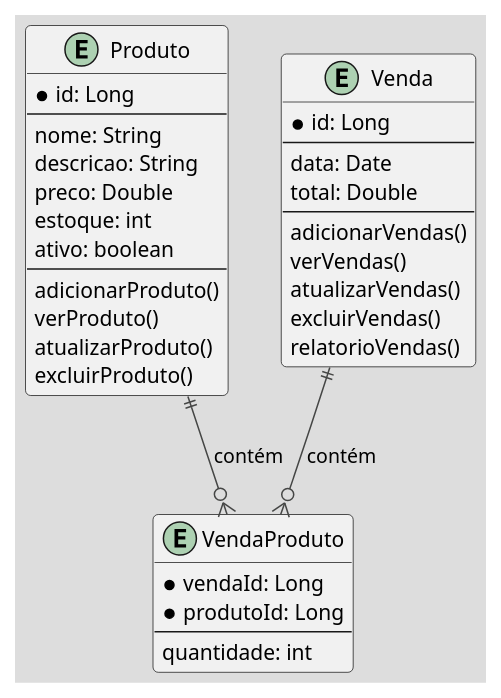
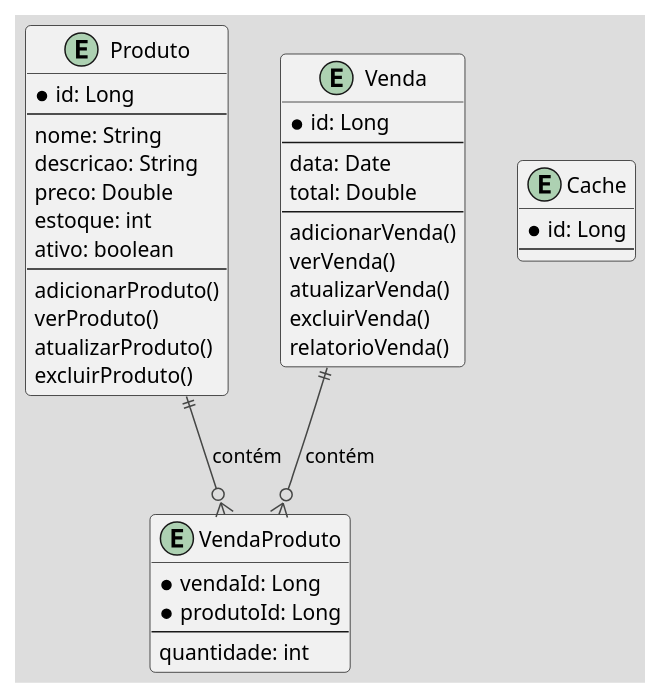
The diagram in src/classes.puml (YoshiDoido/Desafio-3-UOL), drawn with PlantUML before and after one commit. The commit also changed 10 other files, not shown here.

```diff
--- a/src/classes.puml
+++ b/src/classes.puml
@@ -1,41 +1,46 @@
 @startuml
 !theme toy
 
 entity "Produto" {
     * id: Long
     --
     nome: String
     descricao: String
     preco: Double
     estoque: int
     ativo: boolean
     --
     adicionarProduto()
     verProduto()
     atualizarProduto()
     excluirProduto()
 }
 
 entity "Venda" {
     * id: Long
     --
     data: Date
     total: Double
     --
-    adicionarVendas()
-    verVendas()
-    atualizarVendas()
-    excluirVendas()
-    relatorioVendas()
+    adicionarVenda()
+    verVenda()
+    atualizarVenda()
+    excluirVenda()
+    relatorioVenda()
 }
 
 entity "VendaProduto" {
     * vendaId: Long
     * produtoId: Long
     --
     quantidade: int
 }
 
 Produto ||--o{ VendaProduto: contém
 Venda ||--o{ VendaProduto: contém
+
+entity "Cache" {
+    * id: Long
+    --
+}
 @enduml
```
